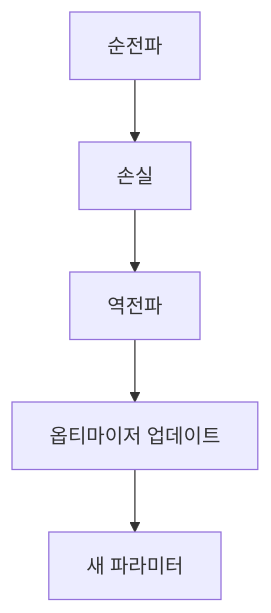
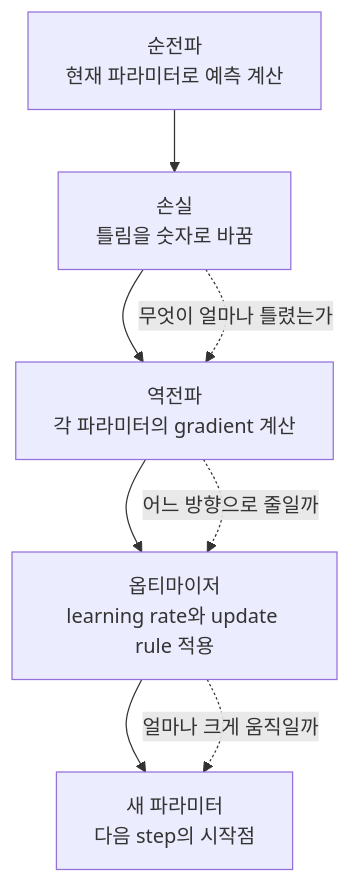
The diagram in docs/assets/part-05/chapter-07/optimizer-loop-flow-ko.mmd (devchan64/AiBook), drawn with Mermaid before and after one commit. The commit also changed 130 other files, not shown here.

Commit message:
Refine part 5 charts and terminology

```diff
--- a/docs/assets/part-05/chapter-07/optimizer-loop-flow-ko.mmd
+++ b/docs/assets/part-05/chapter-07/optimizer-loop-flow-ko.mmd
@@ -1,11 +1,15 @@
 flowchart TD
-  A["순전파"]
-  B["손실"]
-  C["역전파"]
-  D["옵티마이저 업데이트"]
-  E["새 파라미터"]
+  A["순전파<br/>현재 파라미터로 예측 계산"]
+  B["손실<br/>틀림을 숫자로 바꿈"]
+  C["역전파<br/>각 파라미터의 gradient 계산"]
+  D["옵티마이저<br/>learning rate와 update rule 적용"]
+  E["새 파라미터<br/>다음 step의 시작점"]
 
   A --> B
   B --> C
   C --> D
   D --> E
+
+  B -. "무엇이 얼마나 틀렸는가" .-> C
+  C -. "어느 방향으로 줄일까" .-> D
+  D -. "얼마나 크게 움직일까" .-> E
```
